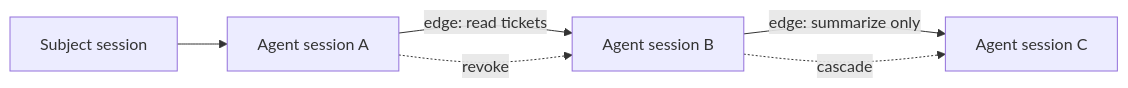
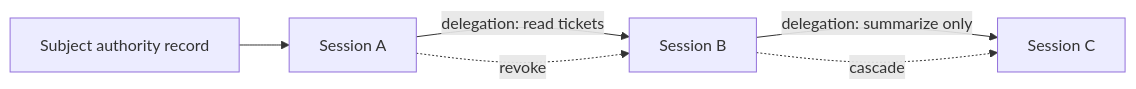
One commit to Garudex-Labs/caracal changed the diagram in docs/src/content/docs/concepts/delegation.mdx. Above: the diagram before and after it, drawn with Mermaid. The commit also changed other lines of this file and 13 other files, not shown here.

First line of the commit message:
Refactor documentation to replace "Agent" with "Session" for consistency and clarity

````diff
--- a/docs/src/content/docs/concepts/delegation.mdx
+++ b/docs/src/content/docs/concepts/delegation.mdx
@@ -19,8 +19,8 @@
 ```mermaid
 flowchart LR
-  User["Subject session"] --> A["Agent session A"]
-  A -->|"edge: read tickets"| B["Agent session B"]
-  B -->|"edge: summarize only"| C["Agent session C"]
+  Authority["Subject authority record"] --> A["Session A"]
+  A -->|"delegation: read tickets"| B["Session B"]
+  B -->|"delegation: summarize only"| C["Session C"]
   A -. revoke .-> B
   B -. cascade .-> C
 ```
````
